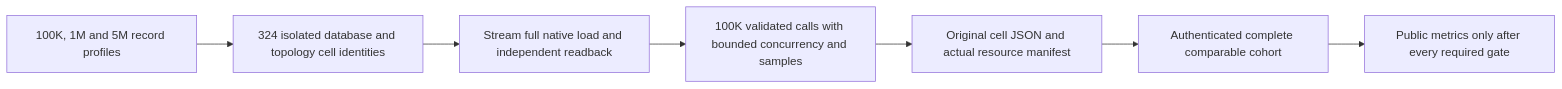
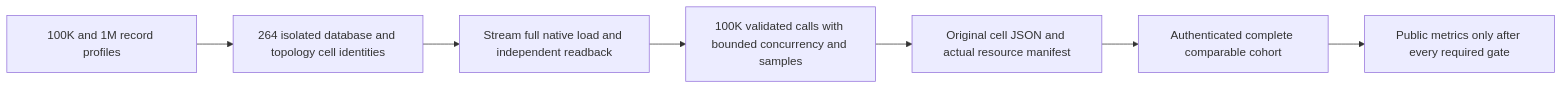
The diagram in docs/Features/BenchmarkComparisons/ScalingQualification.md (managedcode/KeyLoad), drawn with Mermaid before and after one commit. The commit also changed other lines of this file and 261 other files, not shown here.

First line of the commit message:
Checkpoint functional query flows and current implementation stages

````diff
--- a/docs/Features/BenchmarkComparisons/ScalingQualification.md
+++ b/docs/Features/BenchmarkComparisons/ScalingQualification.md
@@ -23,9 +29,9 @@
 ```mermaid
 flowchart LR
-    profiles[100K, 1M and 5M record profiles] --> jobs[324 isolated database and topology cell identities]
+    profiles[100K and 1M record profiles] --> jobs[264 isolated database and topology cell identities]
     jobs --> corpus[Stream full native load and independent readback]
     corpus --> measure[100K validated calls with bounded concurrency and samples]
     measure --> json[Original cell JSON and actual resource manifest]
     json --> aggregate[Authenticated complete comparable cohort]
     aggregate --> publication[Public metrics only after every required gate]
 ```
````
